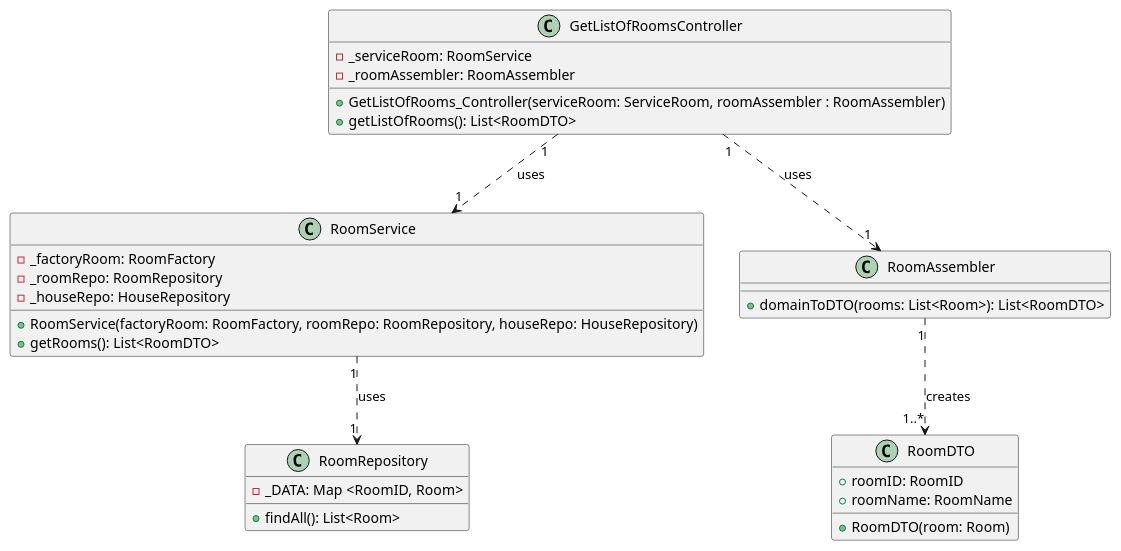
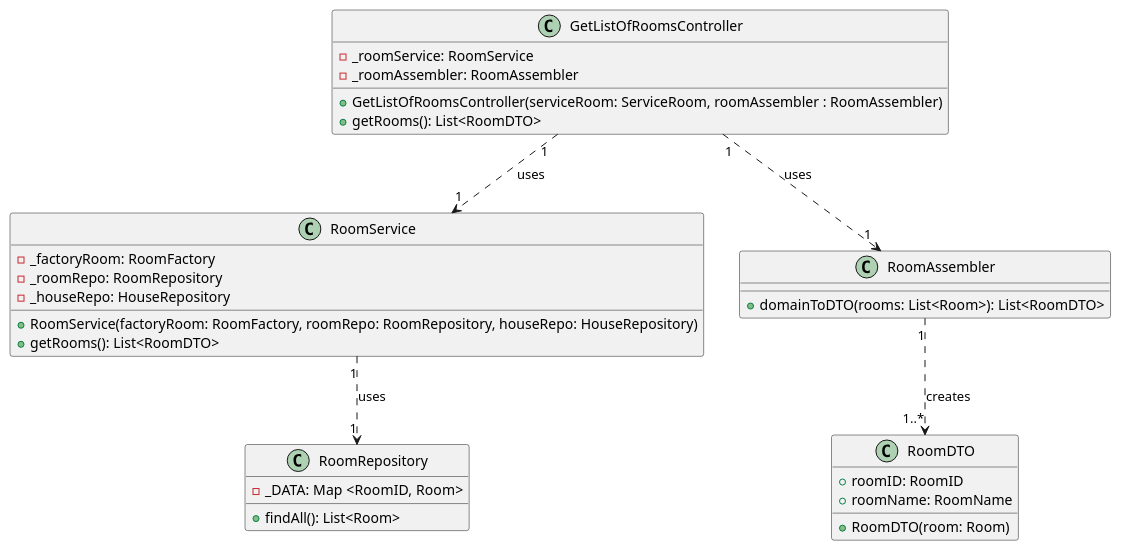
The diagram in docs/userStories/us03/artifacts/US03CD.puml (olivDiogo/SmartHome), drawn with PlantUML before and after one commit. The commit also changed 6 other files, not shown here.

Commit message:
#57 [FEAT] : US03 artifacts: Diagrams and readme.md

```diff
--- a/docs/userStories/us03/artifacts/US03CD.puml
+++ b/docs/userStories/us03/artifacts/US03CD.puml
@@ -1,49 +1,49 @@
 @startuml
 'https://plantuml.com/class-diagram
 
 class GetListOfRoomsController{
 'Attributes'
-- _serviceRoom: RoomService
+- _roomService: RoomService
 - _roomAssembler: RoomAssembler
 'Methods'
-+GetListOfRooms_Controller(serviceRoom: ServiceRoom, roomAssembler : RoomAssembler)
-+getListOfRooms(): List<RoomDTO>
++GetListOfRoomsController(serviceRoom: ServiceRoom, roomAssembler : RoomAssembler)
++getRooms(): List<RoomDTO>
 }
 
 class RoomService{
 'Attributes'
 - _factoryRoom: RoomFactory
 - _roomRepo: RoomRepository
 - _houseRepo: HouseRepository
 'Methods'
 +RoomService(factoryRoom: RoomFactory, roomRepo: RoomRepository, houseRepo: HouseRepository)
 +getRooms(): List<RoomDTO>
 }
 
 
 class RoomRepository{
 'Attributes'
 - _DATA: Map <RoomID, Room>
 'Methods'
 +findAll(): List<Room>
 }
 
 class RoomAssembler{
 'Methods'
 +domainToDTO(rooms: List<Room>): List<RoomDTO>
 }
 
 class RoomDTO{
 'Attributes'
 +roomID: RoomID
 +roomName: RoomName
 'Methods'
 +RoomDTO(room: Room)
 }
 
 GetListOfRoomsController "1" ..> "1" RoomService: uses
 RoomService "1" ..> "1" RoomRepository: uses
 GetListOfRoomsController "1" ..> "1" RoomAssembler: uses
 RoomAssembler "1" ..> "1..*" RoomDTO: creates
 
 @enduml
```
